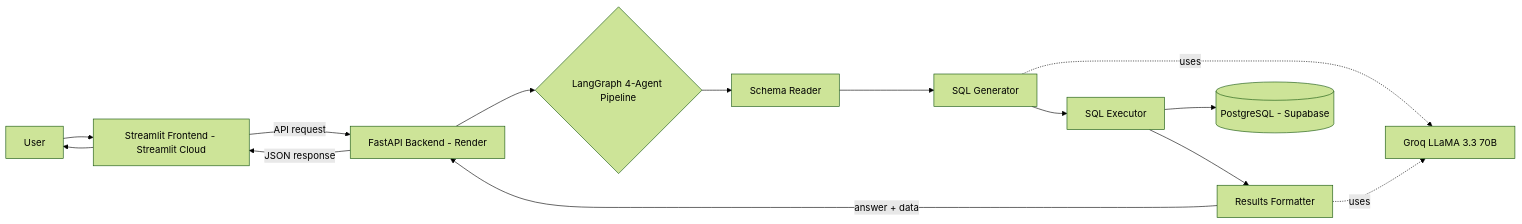
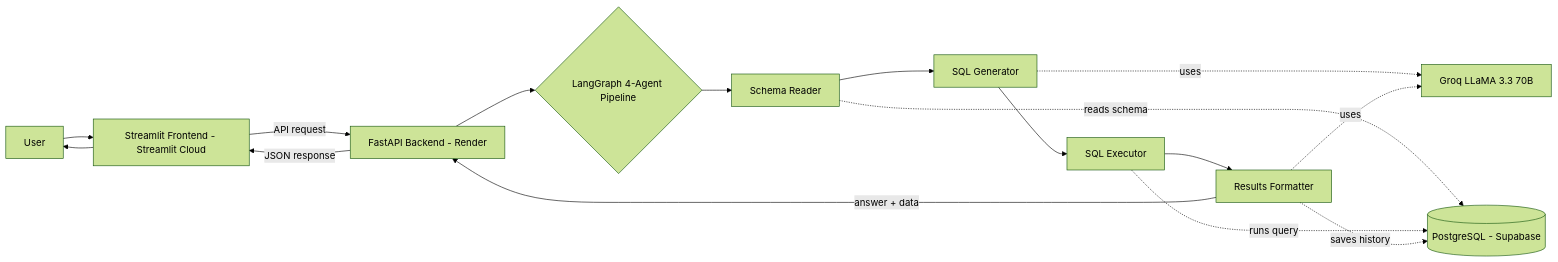
One commit to Murtaza-data/datamind-ai changed the diagram in README.md. Above: the diagram before and after it, drawn with Mermaid (forest theme). The commit also changed other lines of this file, not shown here.

````diff
--- a/README.md
+++ b/README.md
@@ -16,16 +16,18 @@
 ```mermaid
 flowchart LR
     U[User] --> F[Streamlit Frontend - Streamlit Cloud]
     F -->|API request| B[FastAPI Backend - Render]
     B --> P{LangGraph 4-Agent Pipeline}
     P --> A1[Schema Reader]
     A1 --> A2[SQL Generator]
     A2 --> A3[SQL Executor]
     A3 --> A4[Results Formatter]
+    A1 -.reads schema.-> DB[(PostgreSQL - Supabase)]
     A2 -.uses.-> LLM[Groq LLaMA 3.3 70B]
+    A3 -.runs query.-> DB
     A4 -.uses.-> LLM
-    A3 --> DB[(PostgreSQL - Supabase)]
+    A4 -.saves history.-> DB
     A4 -->|answer + data| B
     B -->|JSON response| F
     F --> U
 ```
````
